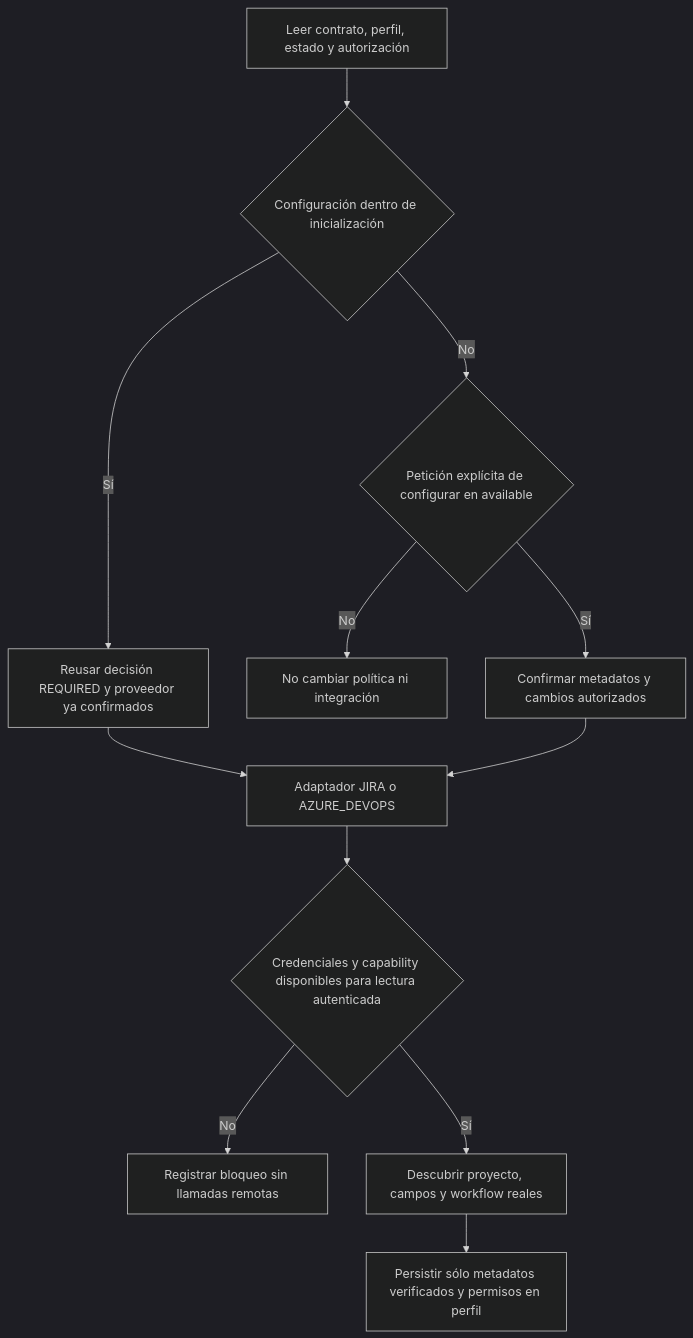
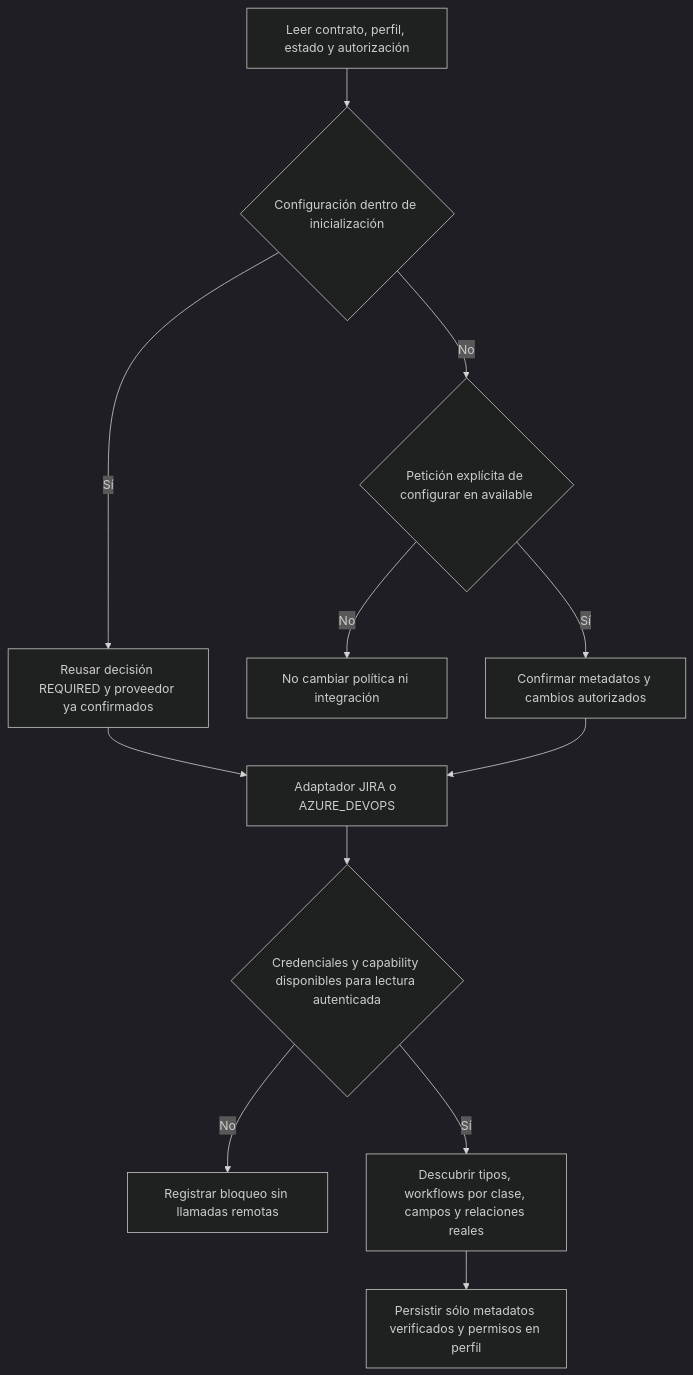
Before and after one commit to matgro/faro-suite-skills: the first of 6 diagrams in docs/flujo-faro/05-integraciones-y-entrega.md, drawn with Mermaid (dark theme). The commit also changed other lines of this file and 73 other files, not shown here.

````diff
--- a/docs/flujo-faro/05-integraciones-y-entrega.md
+++ b/docs/flujo-faro/05-integraciones-y-entrega.md
@@ -25,14 +25,14 @@
 ```mermaid
 flowchart TD
     K0["Leer contrato, perfil, estado y autorización"] --> K1{"Configuración dentro de inicialización"}
     K1 -->|"Sí"| K2["Reusar decisión REQUIRED y proveedor ya confirmados"]
     K1 -->|"No"| K3{"Petición explícita de configurar en available"}
     K3 -->|"No"| K4["No cambiar política ni integración"]
     K3 -->|"Sí"| K5["Confirmar metadatos y cambios autorizados"]
     K2 --> K6["Adaptador JIRA o AZURE_DEVOPS"]
     K5 --> K6
     K6 --> K7{"Credenciales y capability disponibles para lectura autenticada"}
     K7 -->|"No"| K8["Registrar bloqueo sin llamadas remotas"]
-    K7 -->|"Sí"| K9["Descubrir proyecto, campos y workflow reales"]
+    K7 -->|"Sí"| K9["Descubrir tipos, workflows por clase, campos y relaciones reales"]
     K9 --> K10["Persistir sólo metadatos verificados y permisos en perfil"]
 ```
````
